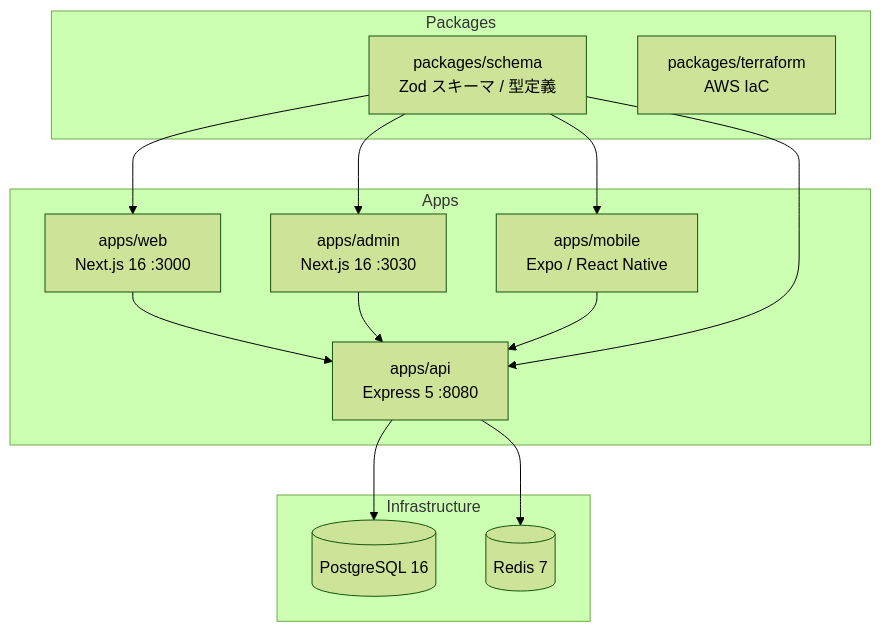
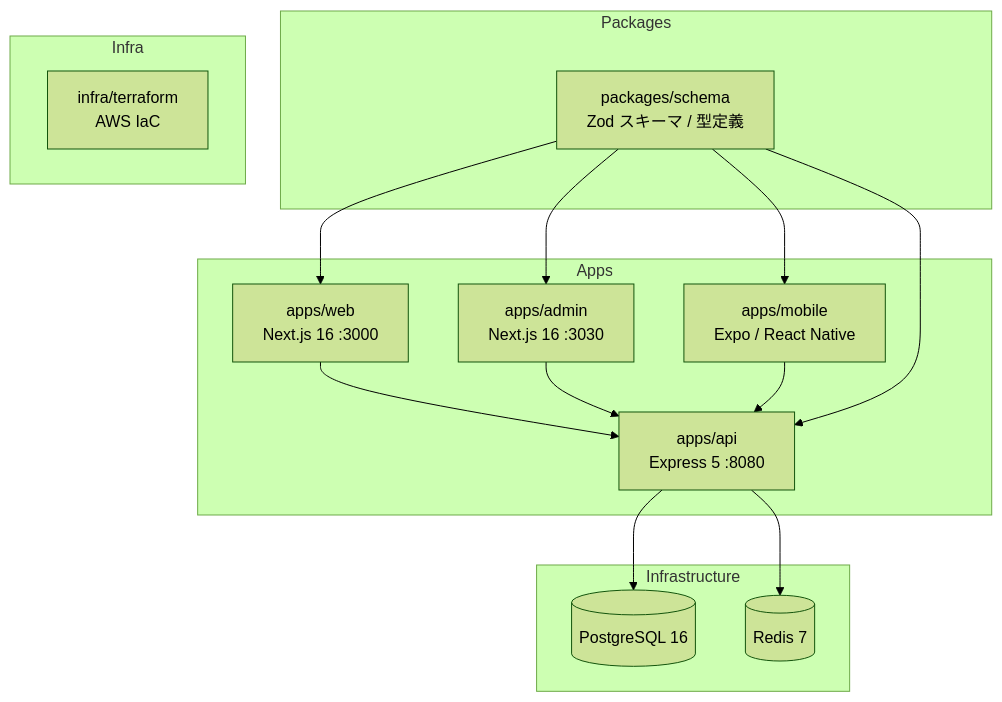
One commit to kentakki416/sns-battle changed the diagram in README.md. Above: the diagram before and after it, drawn with Mermaid (forest theme). The commit also changed 20 other files, not shown here.

````diff
--- a/README.md
+++ b/README.md
@@ -25,29 +25,32 @@
 ```mermaid
 graph TB
     subgraph Apps
         Web["apps/web<br/>Next.js 16 :3000"]
         Admin["apps/admin<br/>Next.js 16 :3030"]
         Mobile["apps/mobile<br/>Expo / React Native"]
         API["apps/api<br/>Express 5 :8080"]
     end
 
     subgraph Packages
         Schema["packages/schema<br/>Zod スキーマ / 型定義"]
-        Terraform["packages/terraform<br/>AWS IaC"]
+    end
+
+    subgraph Infra
+        Terraform["infra/terraform<br/>AWS IaC"]
     end
 
     subgraph Infrastructure
         PostgreSQL[(PostgreSQL 16)]
         Redis[(Redis 7)]
     end
 
     Web --> API
     Admin --> API
     Mobile --> API
     API --> PostgreSQL
     API --> Redis
     Schema --> Web
     Schema --> Admin
     Schema --> Mobile
     Schema --> API
 ```
````
